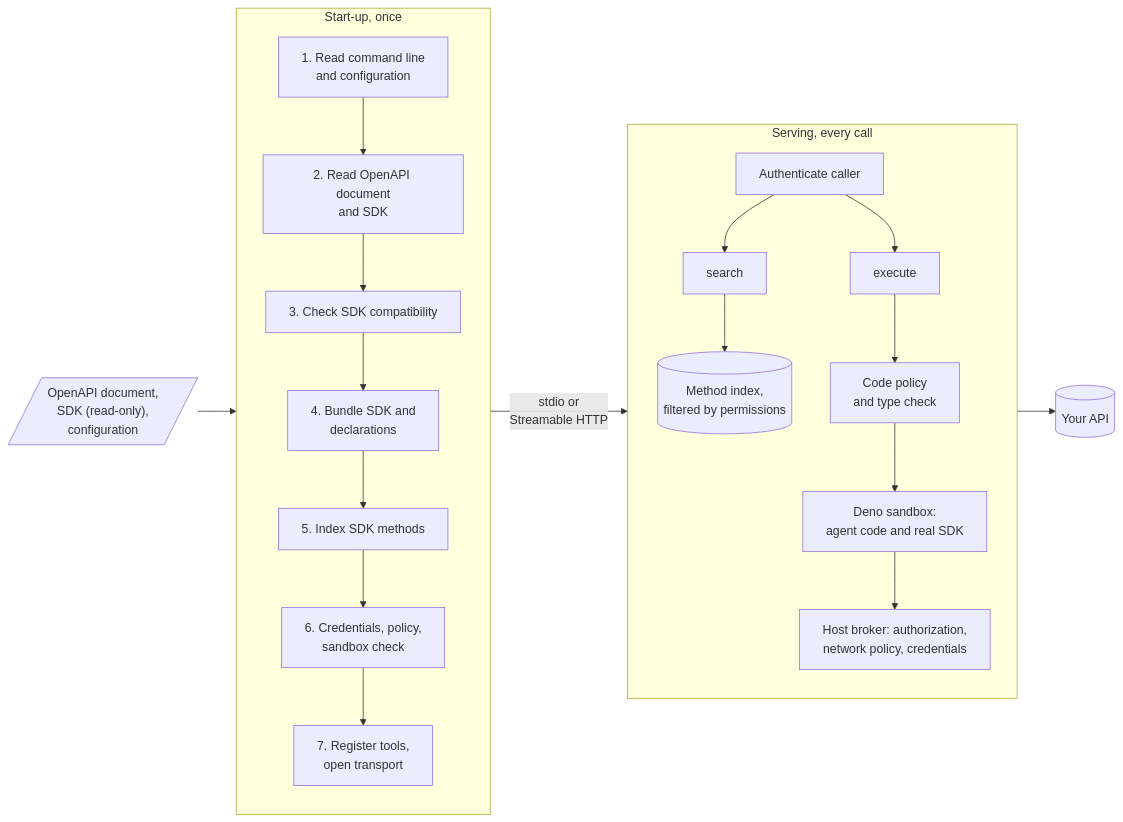
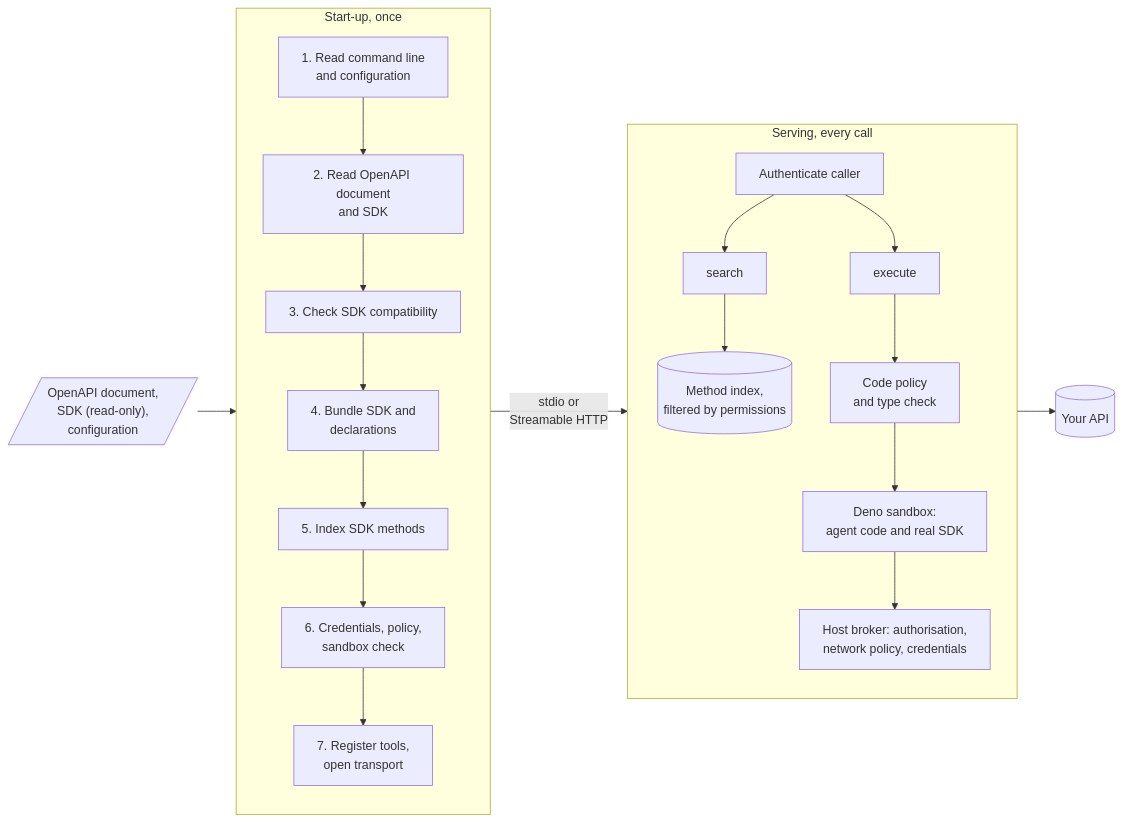
Before and after one commit to oapicf/oag-mcp: the first of 4 diagrams in docs/architecture.md, drawn with Mermaid. The commit also changed other lines of this file and 24 other files, not shown here.

````diff
--- a/docs/architecture.md
+++ b/docs/architecture.md
@@ -10,25 +10,25 @@
 ```mermaid
 flowchart LR
   inputs[/"OpenAPI document,<br/>SDK (read-only),<br/>configuration"/]
   subgraph startup["Start-up, once"]
     direction TB
     s1["1. Read command line<br/>and configuration"] --> s2["2. Read OpenAPI document<br/>and SDK"]
     s2 --> s3["3. Check SDK compatibility"]
     s3 --> s4["4. Bundle SDK and<br/>declarations"]
     s4 --> s5["5. Index SDK methods"]
     s5 --> s6["6. Credentials, policy,<br/>sandbox check"]
     s6 --> s7["7. Register tools,<br/>open transport"]
   end
   subgraph serving["Serving, every call"]
     direction TB
     caller["Authenticate caller"] --> search["search"]
     caller --> execute["execute"]
     search --> index[("Method index,<br/>filtered by permissions")]
     execute --> check["Code policy<br/>and type check"]
     check --> sandbox["Deno sandbox:<br/>agent code and real SDK"]
-    sandbox --> broker["Host broker: authorization,<br/>network policy, credentials"]
+    sandbox --> broker["Host broker: authorisation,<br/>network policy, credentials"]
   end
   inputs --> s1
   s7 -- "stdio or<br/>Streamable HTTP" --> caller
   broker --> api[("Your API")]
 ```
````
